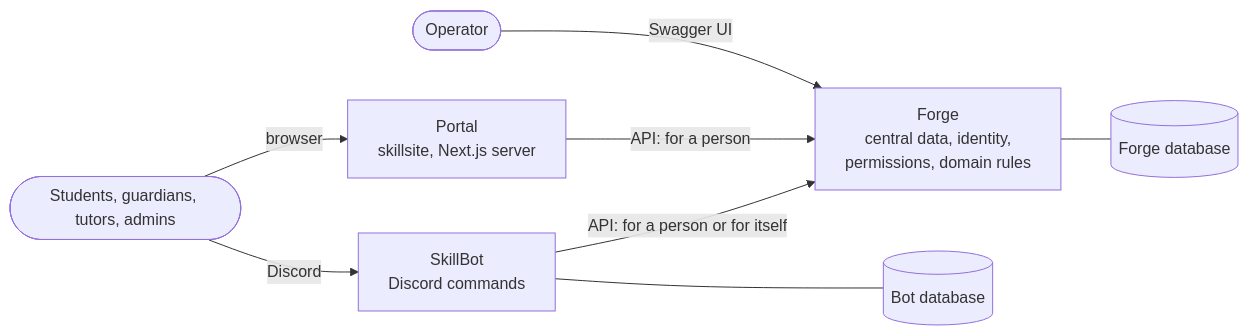
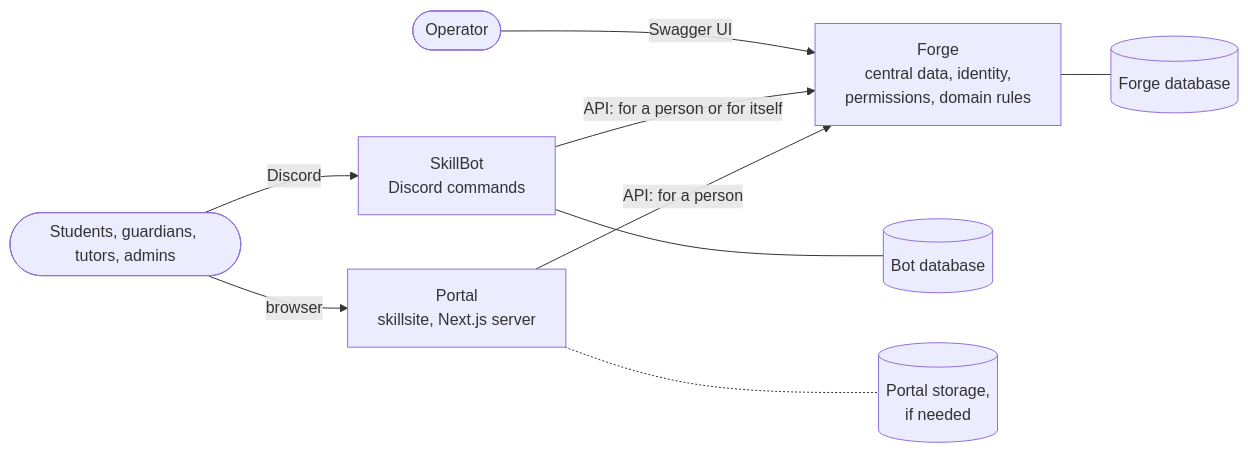
The diagram in docs/PROJECT.md (Nachhilfe-Leon-Weimann/skillforge), drawn with Mermaid before and after one commit. The commit also changed other lines of this file and 1 other file, not shown here.

````diff
--- a/docs/PROJECT.md
+++ b/docs/PROJECT.md
@@ -18,18 +18,20 @@
 ```mermaid
 flowchart LR
     people([Students, guardians, tutors, admins])
     operator([Operator])
     bot["SkillBot<br/>Discord commands"]
     portal["Portal<br/>skillsite, Next.js server"]
     forge["Forge<br/>central data, identity,<br/>permissions, domain rules"]
     botdb[(Bot database)]
+    portaldb[("Portal storage,<br/>if needed")]
     forgedb[(Forge database)]
 
     people -- Discord --> bot
     people -- browser --> portal
     operator -- Swagger UI --> forge
     bot --- botdb
     bot -- "API: for a person or for itself" --> forge
+    portal -.- portaldb
     portal -- "API: for a person" --> forge
     forge --- forgedb
 ```
````
